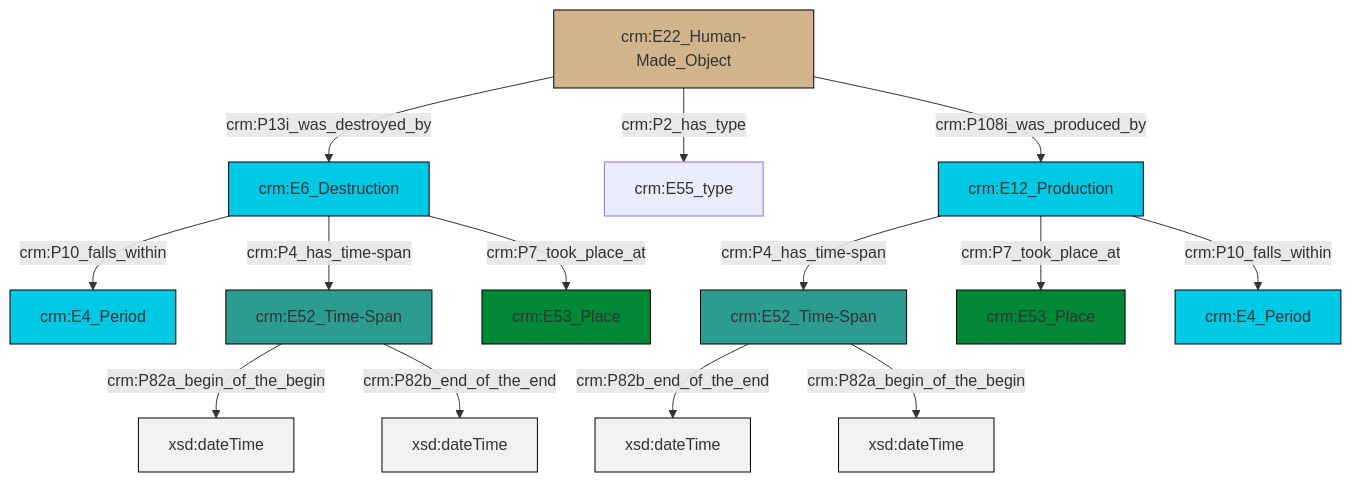
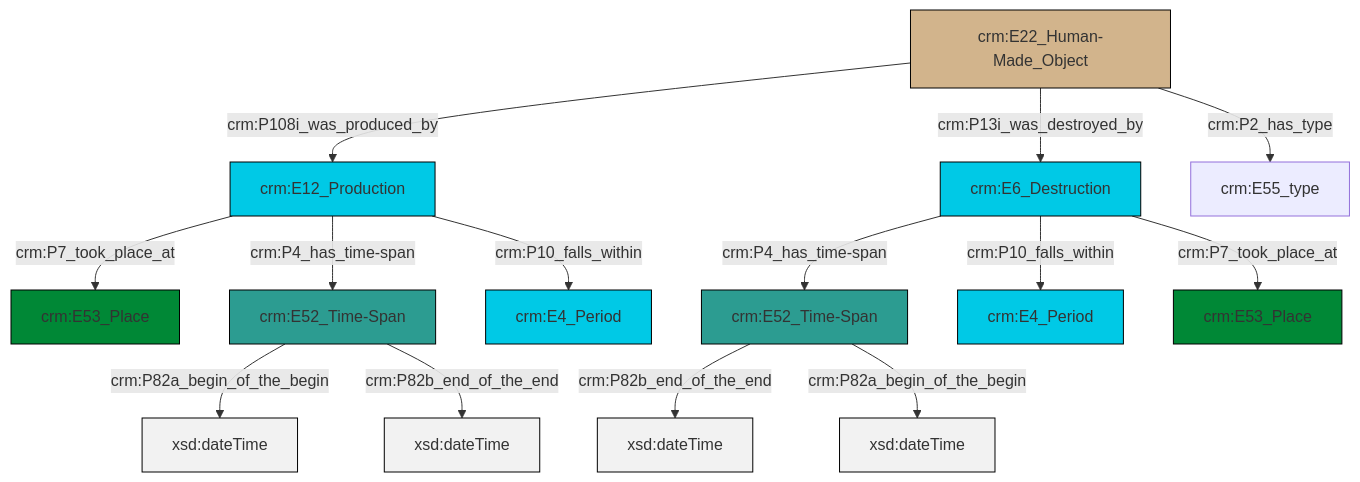
Before and after one commit to swiss-art-research-net/docs.swissartresearch: the diagram in et/artworkCSV/ttl/mmd/Artwork_Existence.ttl.mmd, drawn with Mermaid. The commit also changed 181 other files, not shown here.

```diff
--- a/et/artworkCSV/ttl/mmd/Artwork_Existence.ttl.mmd
+++ b/et/artworkCSV/ttl/mmd/Artwork_Existence.ttl.mmd
@@ -1,28 +1,28 @@
 graph TD
 classDef Literal fill:#f2f2f2,stroke:#000000;
 classDef CRM_Entity fill:#FFFFFF,stroke:#000000;
 classDef Temporal_Entity fill:#00C9E6, stroke:#000000;
 classDef Type fill:#E18312, stroke:#000000;
 classDef Time-Span fill:#2C9C91, stroke:#000000;
 classDef Appellation fill:#FFEB7F, stroke:#000000;
 classDef Place fill:#008836, stroke:#000000;
 classDef Persistent_Item fill:#B266B2, stroke:#000000;
 classDef Conceptual_Object fill:#FFD700, stroke:#000000;
 classDef Physical_Thing fill:#D2B48C, stroke:#000000;
 classDef Actor fill:#f58aad, stroke:#000000;
 classDef PC_Classes fill:#4ce600, stroke:#000000;
 classDef Multi fill:#cccccc,stroke:#000000;
 
-4["crm:E52_Time-Span"]:::Time-Span -->|crm:P82b_end_of_the_end| 5[xsd:dateTime]:::Literal
-6["crm:E22_Human-Made_Object"]:::Physical_Thing -->|crm:P13i_was_destroyed_by| 2["crm:E6_Destruction"]:::Temporal_Entity
-0["crm:E52_Time-Span"]:::Time-Span -->|crm:P82a_begin_of_the_begin| 9[xsd:dateTime]:::Literal
-4["crm:E52_Time-Span"]:::Time-Span -->|crm:P82a_begin_of_the_begin| 10[xsd:dateTime]:::Literal
-13["crm:E12_Production"]:::Temporal_Entity -->|crm:P4_has_time-span| 4["crm:E52_Time-Span"]:::Time-Span
-0["crm:E52_Time-Span"]:::Time-Span -->|crm:P82b_end_of_the_end| 17[xsd:dateTime]:::Literal
-13["crm:E12_Production"]:::Temporal_Entity -->|crm:P7_took_place_at| 18["crm:E53_Place"]:::Place
-13["crm:E12_Production"]:::Temporal_Entity -->|crm:P10_falls_within| 11["crm:E4_Period"]:::Temporal_Entity
-6["crm:E22_Human-Made_Object"]:::Physical_Thing -->|crm:P2_has_type| 7["crm:E55_type"]:::Default
-6["crm:E22_Human-Made_Object"]:::Physical_Thing -->|crm:P108i_was_produced_by| 13["crm:E12_Production"]:::Temporal_Entity
-2["crm:E6_Destruction"]:::Temporal_Entity -->|crm:P10_falls_within| 21["crm:E4_Period"]:::Temporal_Entity
-2["crm:E6_Destruction"]:::Temporal_Entity -->|crm:P4_has_time-span| 0["crm:E52_Time-Span"]:::Time-Span
-2["crm:E6_Destruction"]:::Temporal_Entity -->|crm:P7_took_place_at| 15["crm:E53_Place"]:::Place
+0["crm:E6_Destruction"]:::Temporal_Entity -->|crm:P4_has_time-span| 1["crm:E52_Time-Span"]:::Time-Span
+2["crm:E12_Production"]:::Temporal_Entity -->|crm:P7_took_place_at| 3["crm:E53_Place"]:::Place
+5["crm:E22_Human-Made_Object"]:::Physical_Thing -->|crm:P108i_was_produced_by| 2["crm:E12_Production"]:::Temporal_Entity
+2["crm:E12_Production"]:::Temporal_Entity -->|crm:P4_has_time-span| 6["crm:E52_Time-Span"]:::Time-Span
+2["crm:E12_Production"]:::Temporal_Entity -->|crm:P10_falls_within| 8["crm:E4_Period"]:::Temporal_Entity
+5["crm:E22_Human-Made_Object"]:::Physical_Thing -->|crm:P13i_was_destroyed_by| 0["crm:E6_Destruction"]:::Temporal_Entity
+5["crm:E22_Human-Made_Object"]:::Physical_Thing -->|crm:P2_has_type| 12["crm:E55_type"]:::Default
+0["crm:E6_Destruction"]:::Temporal_Entity -->|crm:P10_falls_within| 10["crm:E4_Period"]:::Temporal_Entity
+1["crm:E52_Time-Span"]:::Time-Span -->|crm:P82b_end_of_the_end| 15[xsd:dateTime]:::Literal
+1["crm:E52_Time-Span"]:::Time-Span -->|crm:P82a_begin_of_the_begin| 16[xsd:dateTime]:::Literal
+0["crm:E6_Destruction"]:::Temporal_Entity -->|crm:P7_took_place_at| 17["crm:E53_Place"]:::Place
+6["crm:E52_Time-Span"]:::Time-Span -->|crm:P82a_begin_of_the_begin| 20[xsd:dateTime]:::Literal
+6["crm:E52_Time-Span"]:::Time-Span -->|crm:P82b_end_of_the_end| 21[xsd:dateTime]:::Literal
```
